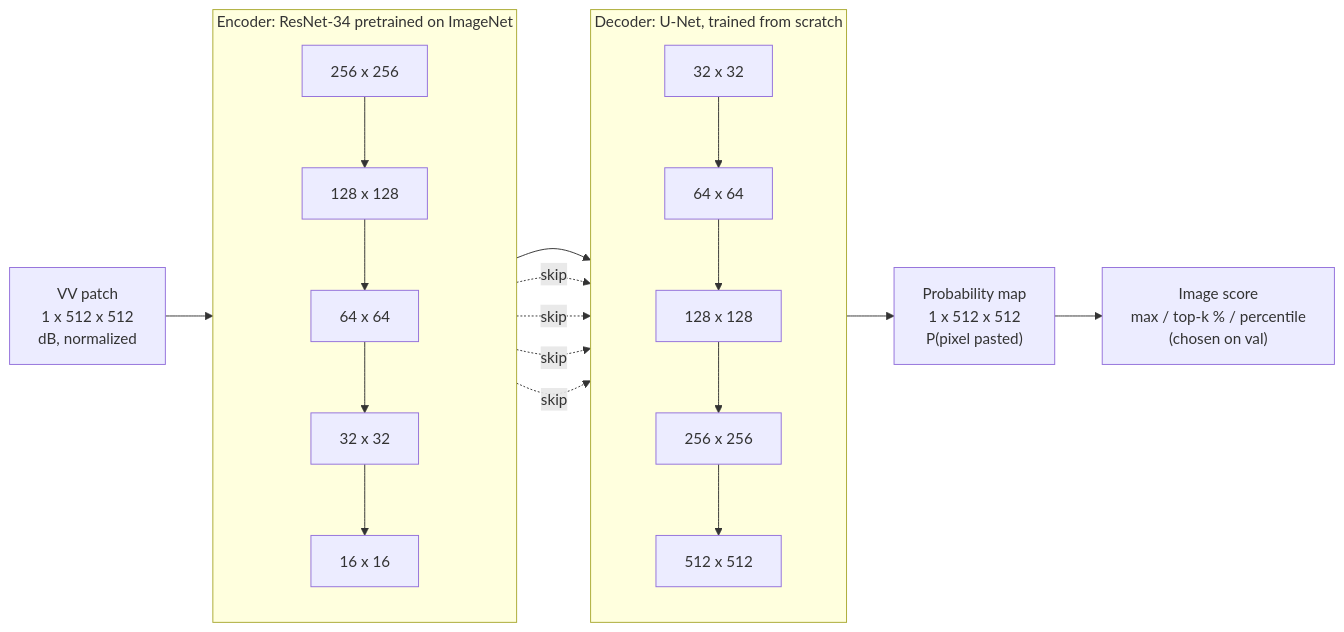
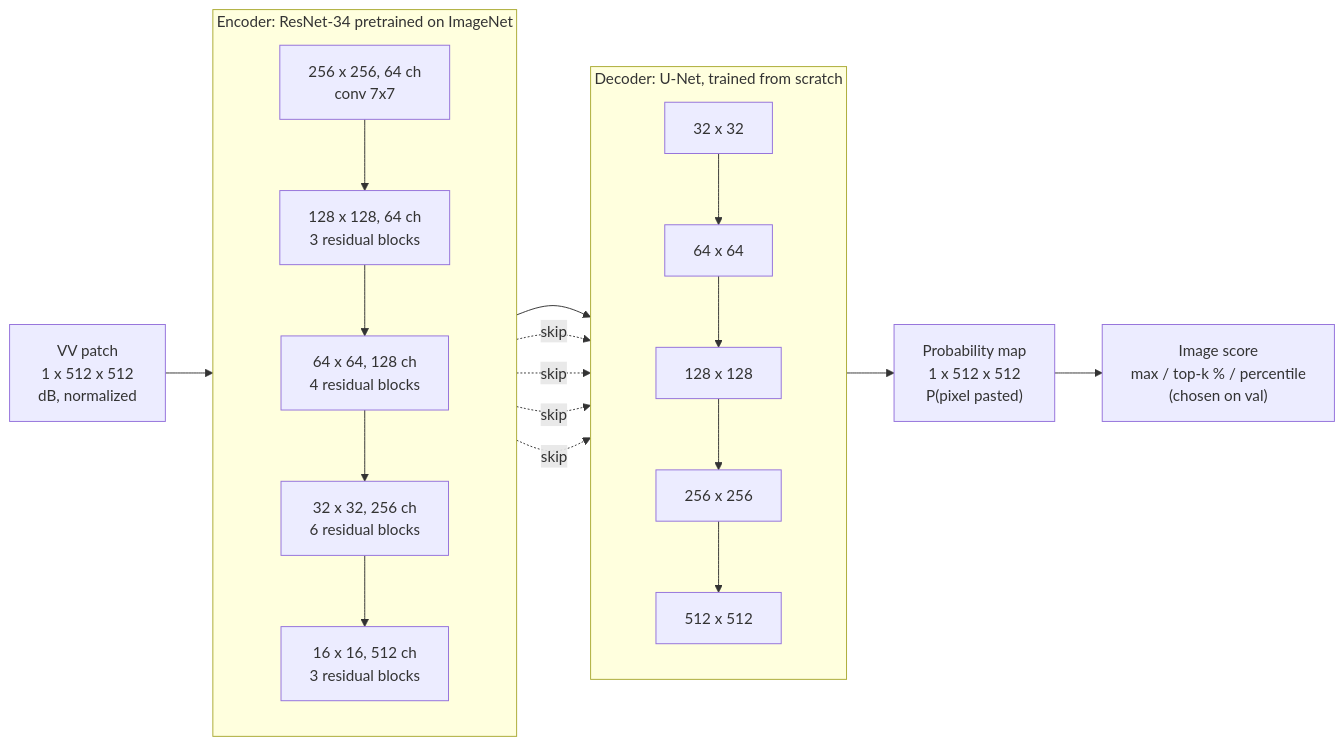
The third of 6 diagrams in docs/architecture_v0.1.md (bonlieuguillaume/aletheia), drawn with Mermaid before and after one commit. The commit also changed other lines of this file, not shown here.

Commit message:
docs: show the ResNet stages and a residual block in the architecture diagram

````diff
--- a/docs/architecture_v0.1.md
+++ b/docs/architecture_v0.1.md
@@ -83,22 +83,22 @@
 ```mermaid
 flowchart LR
     IN["VV patch<br/>1 x 512 x 512<br/>dB, normalized"] --> E1
 
     subgraph ENC["Encoder: ResNet-34 pretrained on ImageNet"]
         direction TB
-        E1["256 x 256"] --> E2["128 x 128"] --> E3["64 x 64"] --> E4["32 x 32"] --> E5["16 x 16"]
+        E1["256 x 256, 64 ch<br/>conv 7x7"] --> E2["128 x 128, 64 ch<br/>3 residual blocks"] --> E3["64 x 64, 128 ch<br/>4 residual blocks"] --> E4["32 x 32, 256 ch<br/>6 residual blocks"] --> E5["16 x 16, 512 ch<br/>3 residual blocks"]
     end
 
     subgraph DEC["Decoder: U-Net, trained from scratch"]
         direction TB
         D5["32 x 32"] --> D4["64 x 64"] --> D3["128 x 128"] --> D2["256 x 256"] --> D1["512 x 512"]
     end
 
     E5 --> D5
     E4 -. skip .-> D5
     E3 -. skip .-> D4
     E2 -. skip .-> D3
     E1 -. skip .-> D2
     D1 --> OUT["Probability map<br/>1 x 512 x 512<br/>P(pixel pasted)"]
     OUT --> SCORE["Image score<br/>max / top-k % / percentile<br/>(chosen on val)"]
 ```
````
